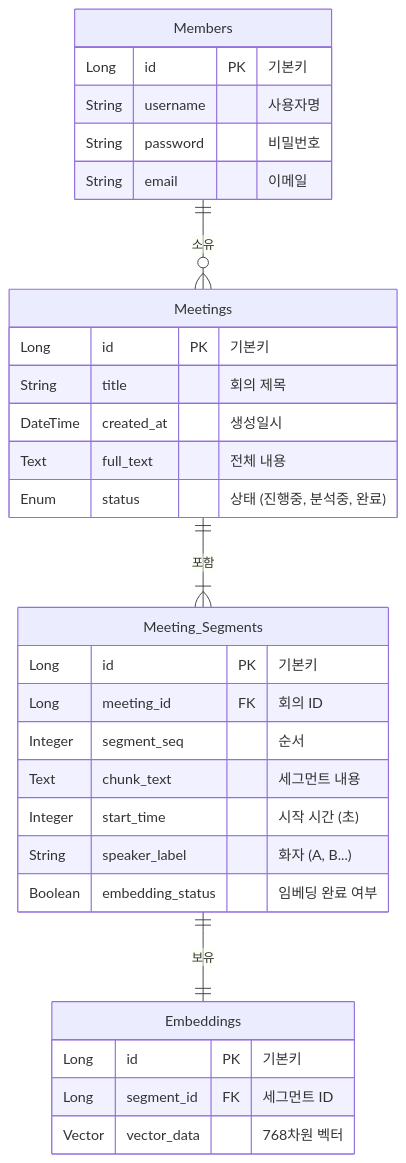
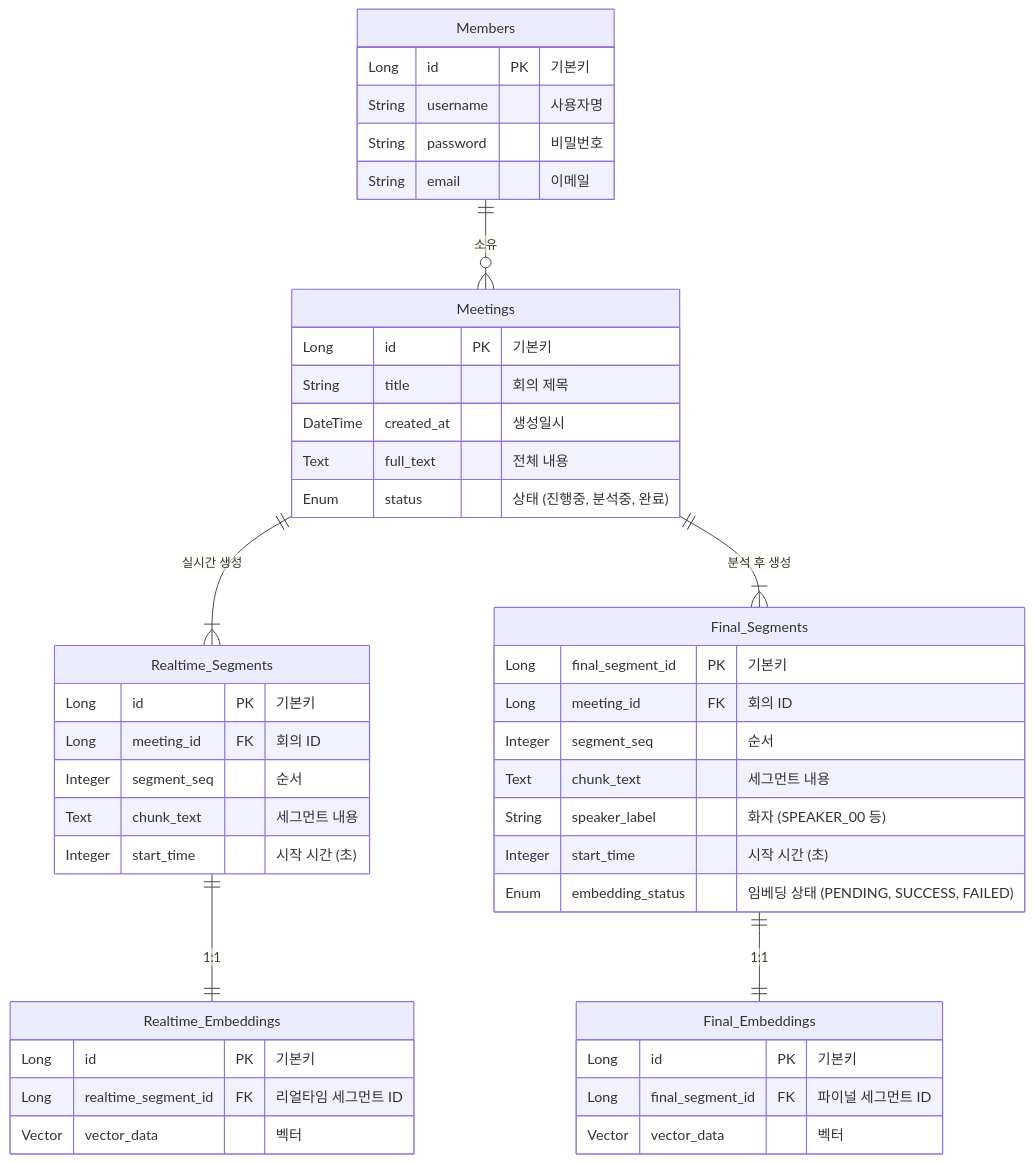
The third of 3 diagrams in task/architecture.md (leejunhyuk1061204/AI-5-mini-project), drawn with Mermaid before and after one commit. The commit also changed other lines of this file and 20 other files, not shown here.

````diff
--- a/task/architecture.md
+++ b/task/architecture.md
@@ -107,37 +121,54 @@
 ```mermaid
 erDiagram
     Members {
         Long id PK "기본키"
         String username "사용자명"
         String password "비밀번호"
         String email "이메일"
     }
 
     Meetings {
         Long id PK "기본키"
         String title "회의 제목"
         DateTime created_at "생성일시"
         Text full_text "전체 내용"
         Enum status "상태 (진행중, 분석중, 완료)"
     }
 
-    Meeting_Segments {
+    Realtime_Segments {
         Long id PK "기본키"
         Long meeting_id FK "회의 ID"
         Integer segment_seq "순서"
         Text chunk_text "세그먼트 내용"
         Integer start_time "시작 시간 (초)"
-        String speaker_label "화자 (A, B...)"
-        Boolean embedding_status "임베딩 완료 여부"
     }
 
-    Embeddings {
+    Realtime_Embeddings {
         Long id PK "기본키"
-        Long segment_id FK "세그먼트 ID"
-        Vector vector_data "768차원 벡터"
+        Long realtime_segment_id FK "리얼타임 세그먼트 ID"
+        Vector vector_data "벡터"
+    }
+
+    Final_Segments {
+        Long final_segment_id PK "기본키"
+        Long meeting_id FK "회의 ID"
+        Integer segment_seq "순서"
+        Text chunk_text "세그먼트 내용"
+        String speaker_label "화자 (SPEAKER_00 등)"
+        Integer start_time "시작 시간 (초)"
+        Enum embedding_status "임베딩 상태 (PENDING, SUCCESS, FAILED)"
+    }
+
+    Final_Embeddings {
+        Long id PK "기본키"
+        Long final_segment_id FK "파이널 세그먼트 ID"
+        Vector vector_data "벡터"
     }
 
     Members ||--o{ Meetings : "소유"
-    Meetings ||--|{ Meeting_Segments : "포함"
-    Meeting_Segments ||--|| Embeddings : "보유"
+    Meetings ||--|{ Realtime_Segments : "실시간 생성"
+    Realtime_Segments ||--|| Realtime_Embeddings : "1:1"
+    
+    Meetings ||--|{ Final_Segments : "분석 후 생성"
+    Final_Segments ||--|| Final_Embeddings : "1:1"
 ```
````
